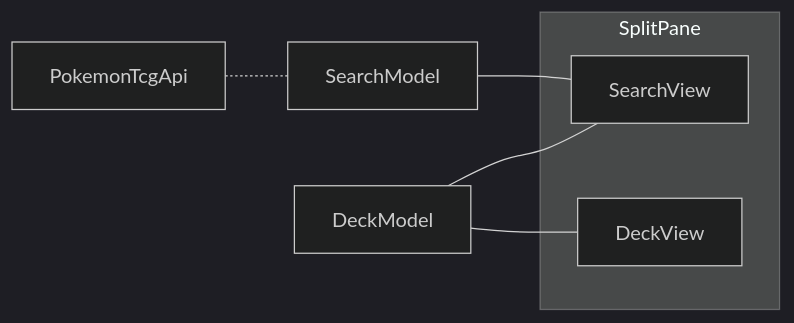
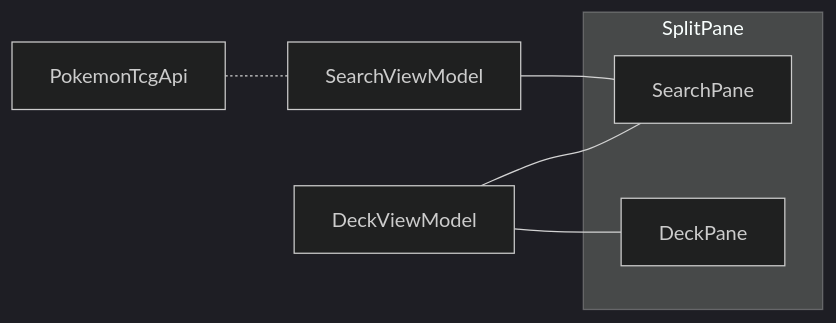
One commit to serras/poke-fun changed the diagram in guide/intro.md. Above: the diagram before and after it, drawn with Mermaid (dark theme). The commit also changed other lines of this file and 12 other files, not shown here.

````diff
--- a/guide/intro.md
+++ b/guide/intro.md
@@ -16,14 +16,14 @@
 ```mermaid
 graph LR;
   PokemonTcgApi;
-  SearchModel;
-  PokemonTcgApi <-.- SearchModel;
-  DeckModel;
+  SearchViewModel;
+  PokemonTcgApi <-.- SearchViewModel;
+  DeckViewModel;
   subgraph View [SplitPane]
-    SearchView;
-    DeckView;
+    SearchPane;
+    DeckPane;
   end
-  SearchModel --- SearchView;
-  DeckModel --- SearchView;
-  DeckModel --- DeckView;
+  SearchViewModel --- SearchPane;
+  DeckViewModel --- SearchPane;
+  DeckViewModel --- DeckPane;
 ```
````
